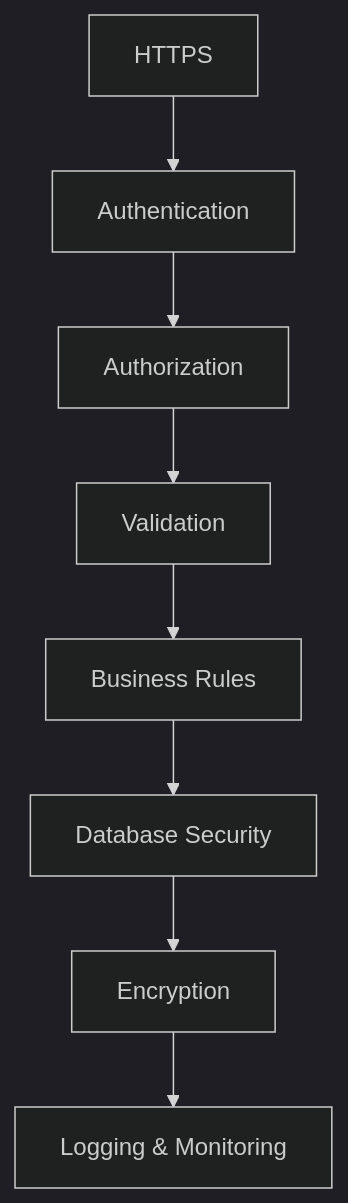
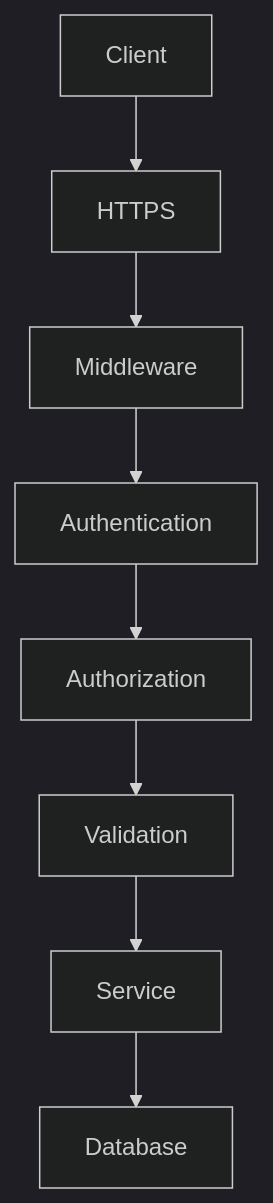
One commit to benogroupltd/Architecture changed the second of 2 diagrams in backend/36-security.md. Above: the diagram before and after it, drawn with Mermaid (dark theme). The commit also changed other lines of this file, not shown here.

Commit message:
36-security.md"

````diff
--- a/backend/36-security.md
+++ b/backend/36-security.md
@@ -66,19 +528,19 @@
-```mermaid id="q4v7tn"
+```mermaid id="f6w3pz"
 flowchart TD
 
-A[HTTPS]
+A[Client]
 
-A --> B[Authentication]
+A --> B[HTTPS]
 
-B --> C[Authorization]
+B --> C[Middleware]
 
-C --> D[Validation]
+C --> D[Authentication]
 
-D --> E[Business Rules]
+D --> E[Authorization]
 
-E --> F[Database Security]
+E --> F[Validation]
 
-F --> G[Encryption]
+F --> G[Service]
 
-G --> H[Logging & Monitoring]
+G --> H[Database]
 ```
````
